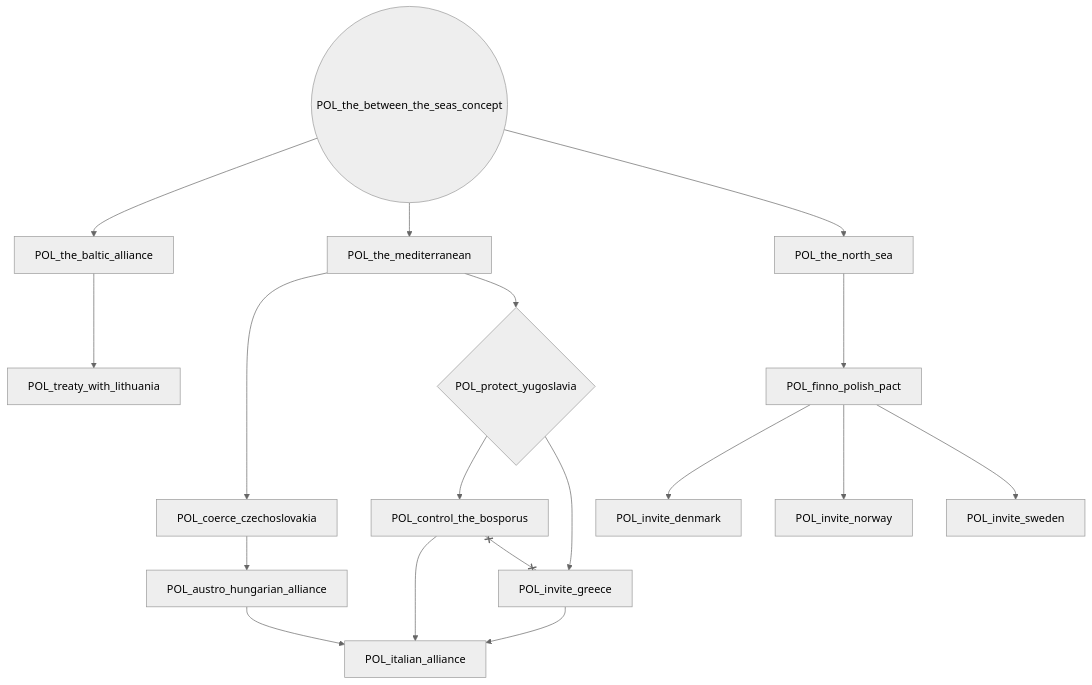
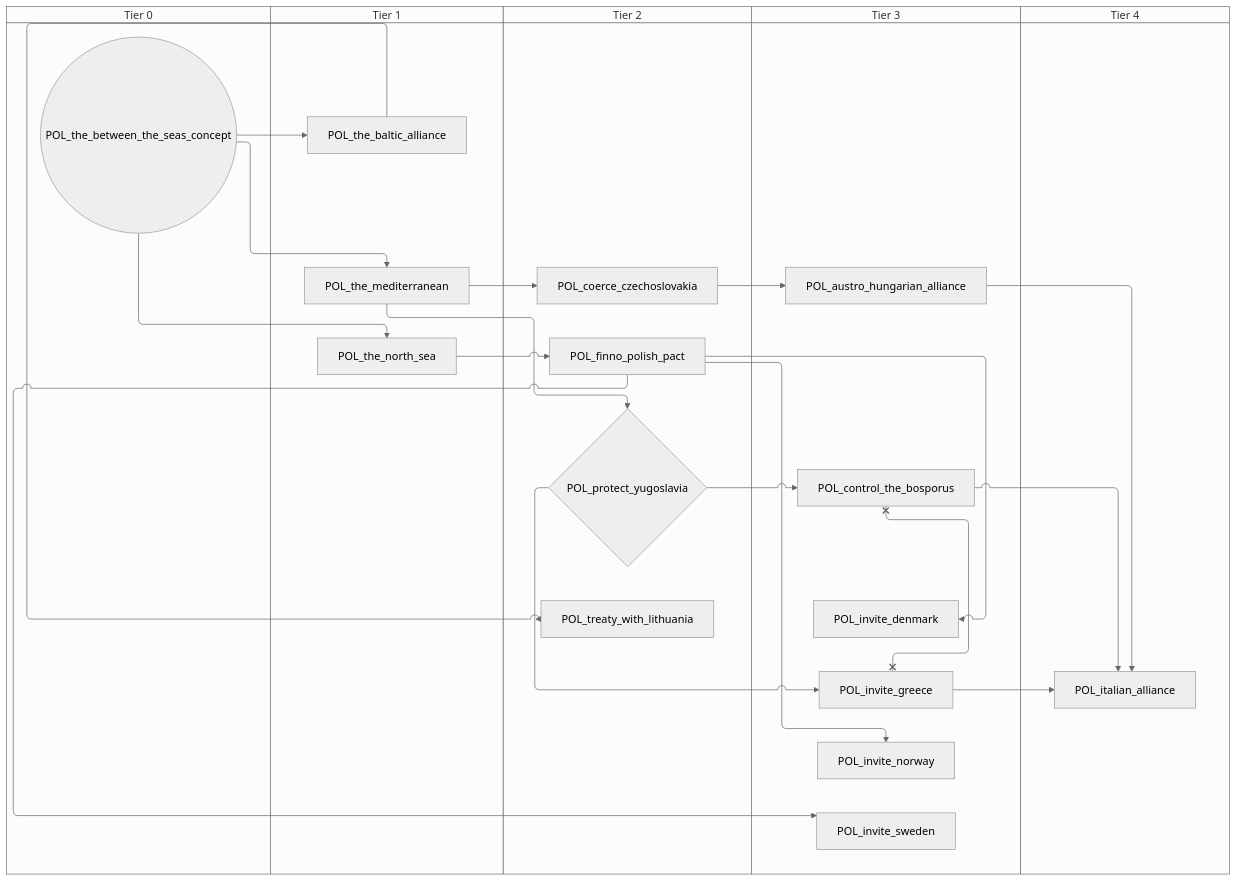
Diagram 11 of 12 in docs/gdd/National Focuses/poland.md (evgeny-sobol/hoi4-sandbox-mode), drawn with Mermaid (neutral theme) before and after one commit. The commit also changed other lines of this file and 80 other files, not shown here.

First line of the commit message:
Add swimlane mode to focus graph exporter

````diff
--- a/docs/gdd/National Focuses/poland.md
+++ b/docs/gdd/National Focuses/poland.md
@@ -865,35 +1029,45 @@
 ```mermaid
-flowchart TD
-    n267["POL_austro_hungarian_alliance"]
-    n268["POL_coerce_czechoslovakia"]
-    n269["POL_control_the_bosporus"]
-    n270["POL_finno_polish_pact"]
-    n271["POL_invite_denmark"]
-    n272["POL_invite_greece"]
-    n273["POL_invite_norway"]
-    n274["POL_invite_sweden"]
-    n275["POL_italian_alliance"]
-    n276{"POL_protect_yugoslavia"}
-    n277["POL_the_baltic_alliance"]
-    n278(("POL_the_between_the_seas_concept"))
-    n279["POL_the_mediterranean"]
-    n280["POL_the_north_sea"]
-    n281["POL_treaty_with_lithuania"]
-    n268 --> n267
-    n279 --> n268
-    n276 --> n269
-    n280 --> n270
-    n270 --> n271
-    n276 --> n272
-    n270 --> n273
-    n270 --> n274
-    n269 --> n275
-    n272 --> n275
-    n267 --> n275
-    n279 --> n276
-    n278 --> n277
-    n278 --> n279
-    n278 --> n280
-    n277 --> n281
-    n269 x--x n272
+swimlane-beta TD
+    subgraph tier_0["Tier 0"]
+        n267(("POL_the_between_the_seas_concept"))
+    end
+    subgraph tier_1["Tier 1"]
+        n268["POL_the_baltic_alliance"]
+        n269["POL_the_mediterranean"]
+        n270["POL_the_north_sea"]
+    end
+    subgraph tier_2["Tier 2"]
+        n271["POL_coerce_czechoslovakia"]
+        n272["POL_finno_polish_pact"]
+        n273{"POL_protect_yugoslavia"}
+        n274["POL_treaty_with_lithuania"]
+    end
+    subgraph tier_3["Tier 3"]
+        n275["POL_austro_hungarian_alliance"]
+        n276["POL_control_the_bosporus"]
+        n277["POL_invite_denmark"]
+        n278["POL_invite_greece"]
+        n279["POL_invite_norway"]
+        n280["POL_invite_sweden"]
+    end
+    subgraph tier_4["Tier 4"]
+        n281["POL_italian_alliance"]
+    end
+    n271 --> n275
+    n269 --> n271
+    n273 --> n276
+    n270 --> n272
+    n272 --> n277
+    n273 --> n278
+    n272 --> n279
+    n272 --> n280
+    n276 --> n281
+    n278 --> n281
+    n275 --> n281
+    n269 --> n273
+    n267 --> n268
+    n267 --> n269
+    n267 --> n270
+    n268 --> n274
+    n276 x--x n278
 ```
````
